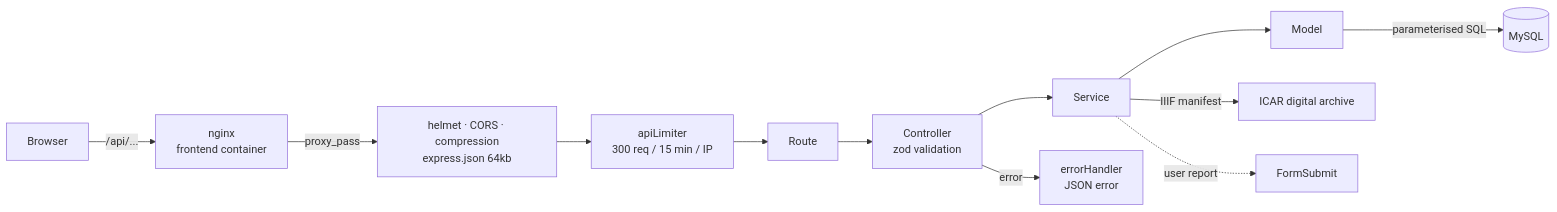
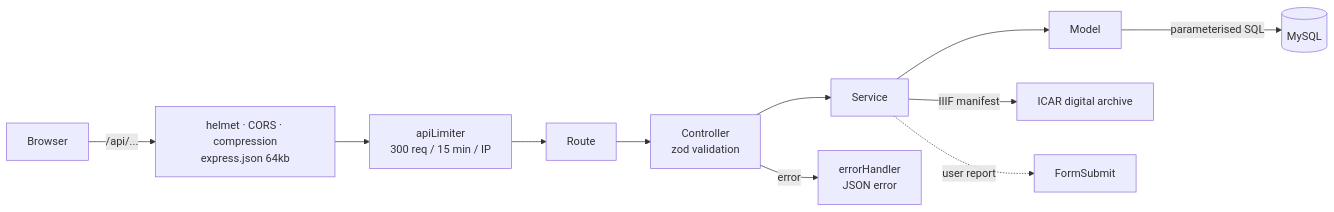
Before and after one commit to AntonioOrf/Catasto: the first of 4 diagrams in docs/en/backend.md, drawn with Mermaid. The commit also changed other lines of this file and 23 other files, not shown here.

First line of the commit message:
Docker: un'unica immagine per sito e API, senza nginx

````diff
--- a/docs/en/backend.md
+++ b/docs/en/backend.md
@@ -113,14 +113,13 @@
 ```mermaid
 flowchart LR
-    C[Browser] -->|/api/...| N[nginx<br/>frontend container]
-    N -->|proxy_pass| H[helmet · CORS · compression<br/>express.json 64kb]
+    C[Browser] -->|/api/...| H[helmet · CORS · compression<br/>express.json 64kb]
     H --> RL[apiLimiter<br/>300 req / 15 min / IP]
     RL --> R[Route]
     R --> V[Controller<br/>zod validation]
     V --> S[Service]
     S --> M[Model]
     M -->|parameterised SQL| DB[(MySQL)]
     S -->|IIIF manifest| ICAR[ICAR digital archive]
     S -.->|user report| FS[FormSubmit]
     V -->|error| E[errorHandler<br/>JSON error]
 ```
````
